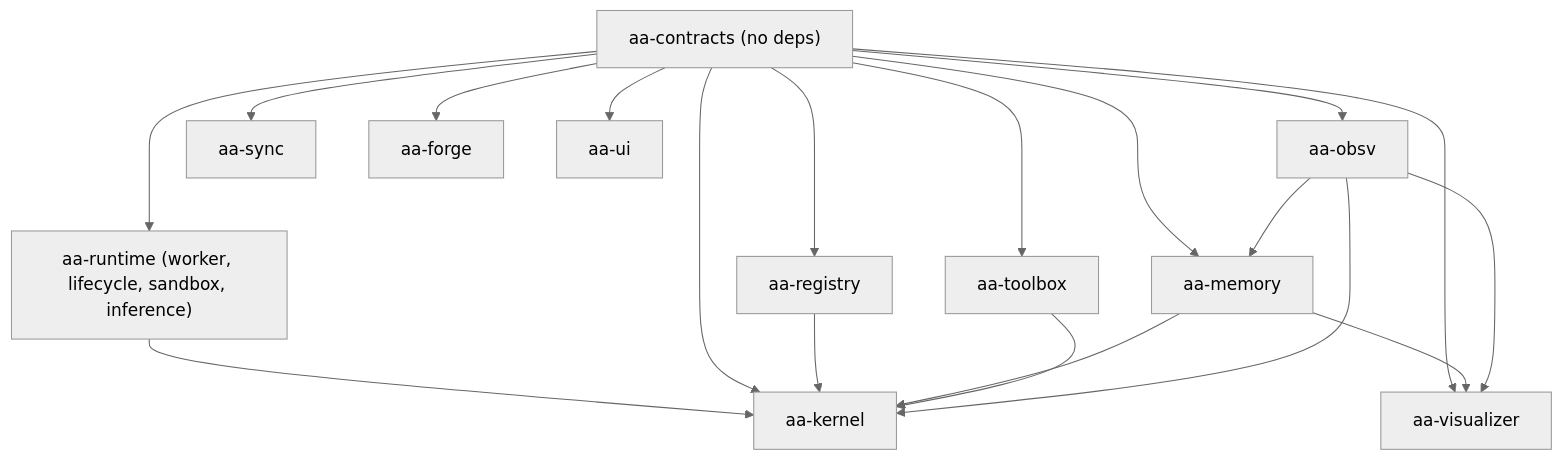
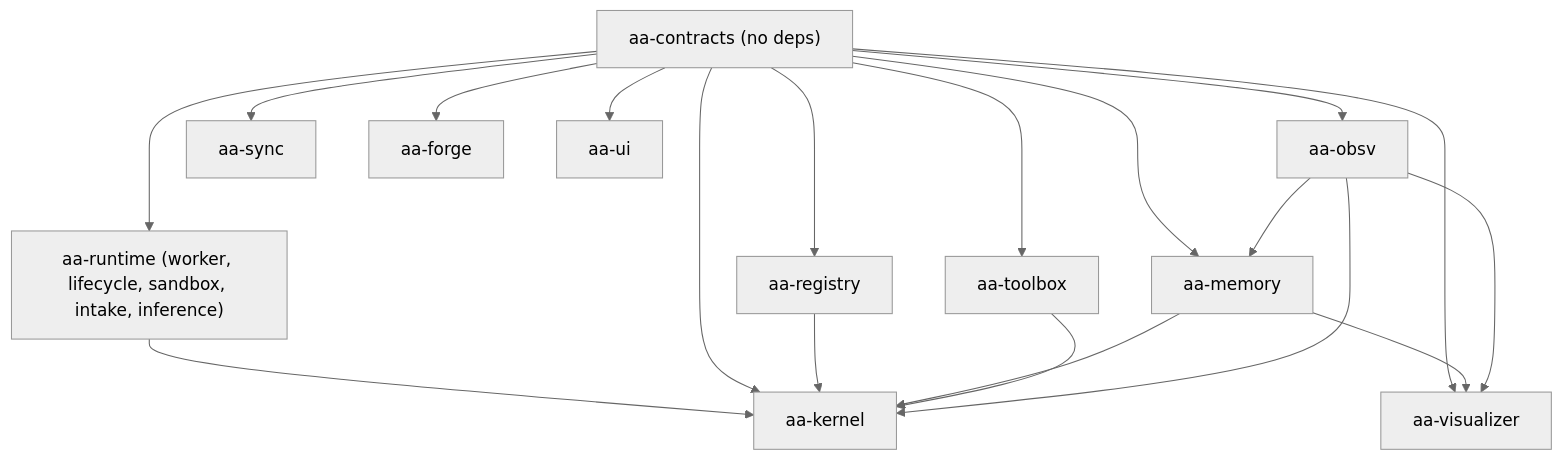
The third of 6 diagrams in docs/architecture/README.md (greadee/aa), drawn with Mermaid (neutral theme) before and after one commit. The commit also changed other lines of this file and 11 other files, not shown here.

Commit message:
move result intake to runtime

````diff
--- a/docs/architecture/README.md
+++ b/docs/architecture/README.md
@@ -202,33 +202,33 @@
 ```mermaid
 flowchart TD
     contracts["aa-contracts (no deps)"]
     registry["aa-registry"]
     obsv["aa-obsv"]
     memory["aa-memory"]
     sync["aa-sync"]
     toolbox["aa-toolbox"]
     forge["aa-forge"]
-    runtime["aa-runtime (worker, lifecycle, sandbox, inference)"]
+    runtime["aa-runtime (worker, lifecycle, sandbox, intake, inference)"]
     kernel["aa-kernel"]
     visualizer["aa-visualizer"]
     ui["aa-ui"]
 
     contracts --> registry
     contracts --> runtime
     runtime --> kernel
     contracts --> obsv
     contracts --> memory
     contracts --> sync
     contracts --> toolbox
     contracts --> forge
     contracts --> kernel
     contracts --> visualizer
     contracts --> ui
     registry --> kernel
     obsv --> memory
     memory --> kernel
     toolbox --> kernel
     obsv --> kernel
     memory --> visualizer
     obsv --> visualizer
 ```
````
